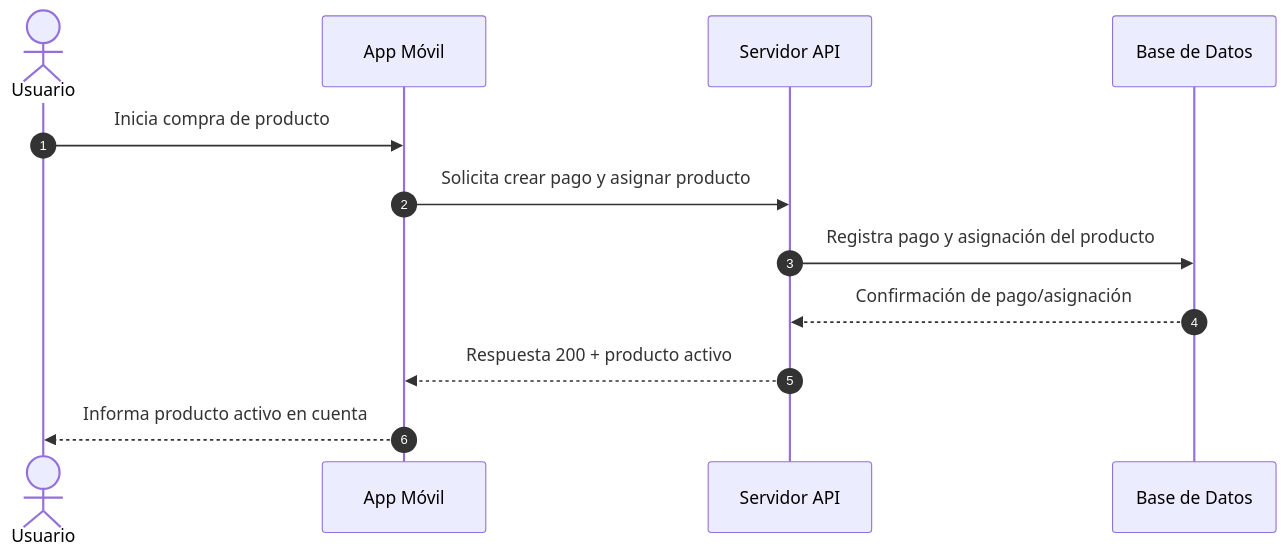
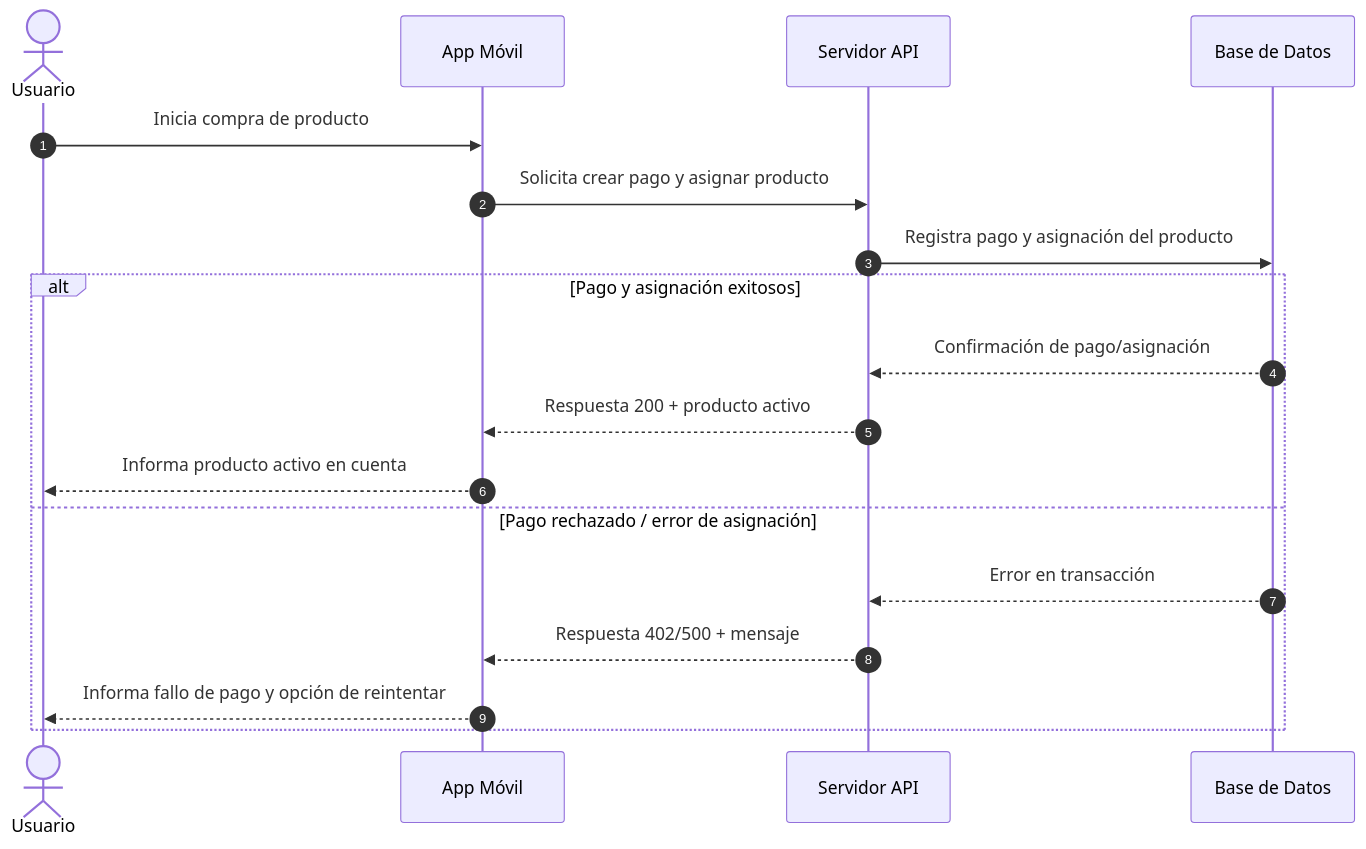
The fifth of 12 diagrams in docs/SEQUENCE_DIAGRAMS.md (asobrados03/HumanPerformApp), drawn with Mermaid before and after one commit. The commit also changed other lines of this file, not shown here.

Commit message:
docs: agrega unhappy paths en diagramas de secuencia

````diff
--- a/docs/SEQUENCE_DIAGRAMS.md
+++ b/docs/SEQUENCE_DIAGRAMS.md
@@ -81,15 +105,21 @@
 ```mermaid
 sequenceDiagram
     autonumber
     actor U as Usuario
     participant APP as App Móvil
     participant API as Servidor API
     participant DB as Base de Datos
 
     U->>APP: Inicia compra de producto
     APP->>API: Solicita crear pago y asignar producto
     API->>DB: Registra pago y asignación del producto
-    DB-->>API: Confirmación de pago/asignación
-    API-->>APP: Respuesta 200 + producto activo
-    APP-->>U: Informa producto activo en cuenta
+    alt Pago y asignación exitosos
+        DB-->>API: Confirmación de pago/asignación
+        API-->>APP: Respuesta 200 + producto activo
+        APP-->>U: Informa producto activo en cuenta
+    else Pago rechazado / error de asignación
+        DB-->>API: Error en transacción
+        API-->>APP: Respuesta 402/500 + mensaje
+        APP-->>U: Informa fallo de pago y opción de reintentar
+    end
 ```
````
